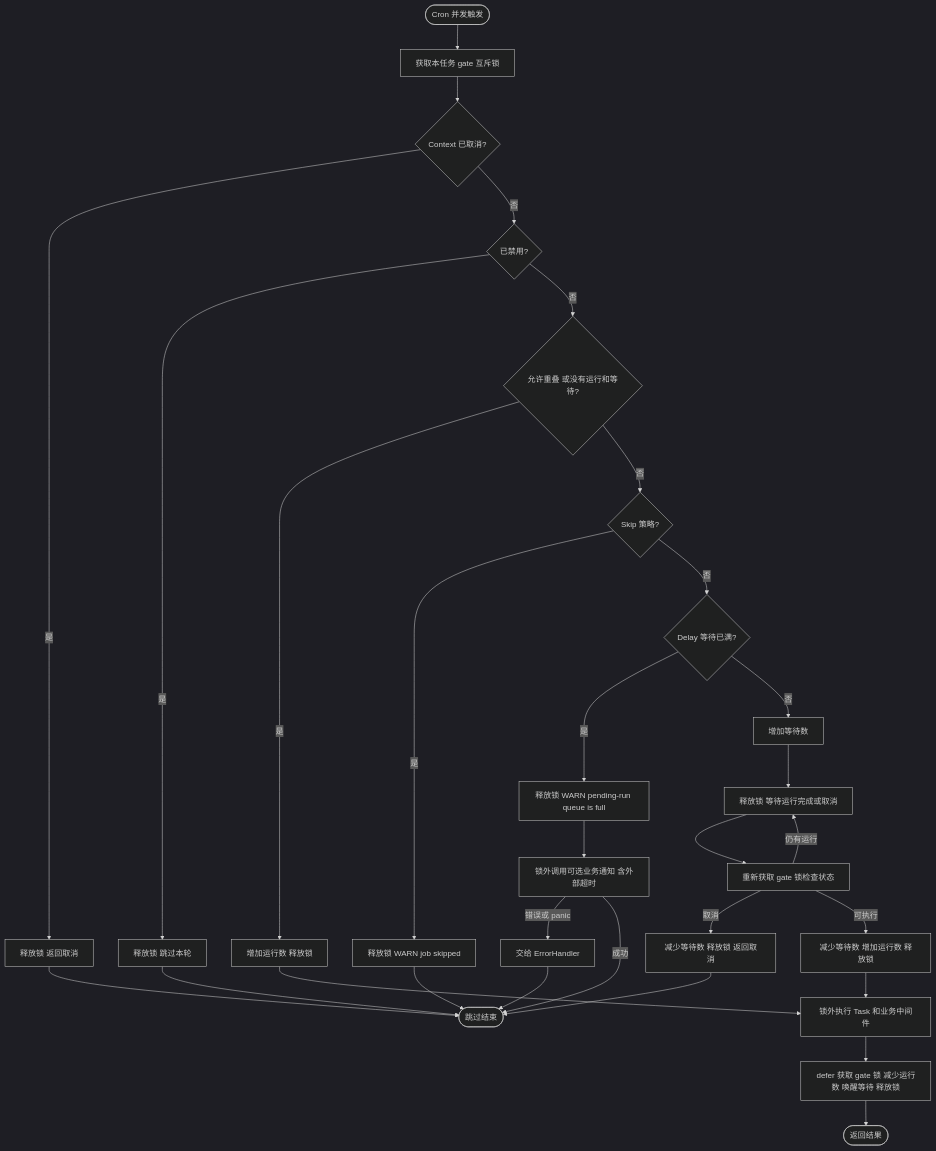
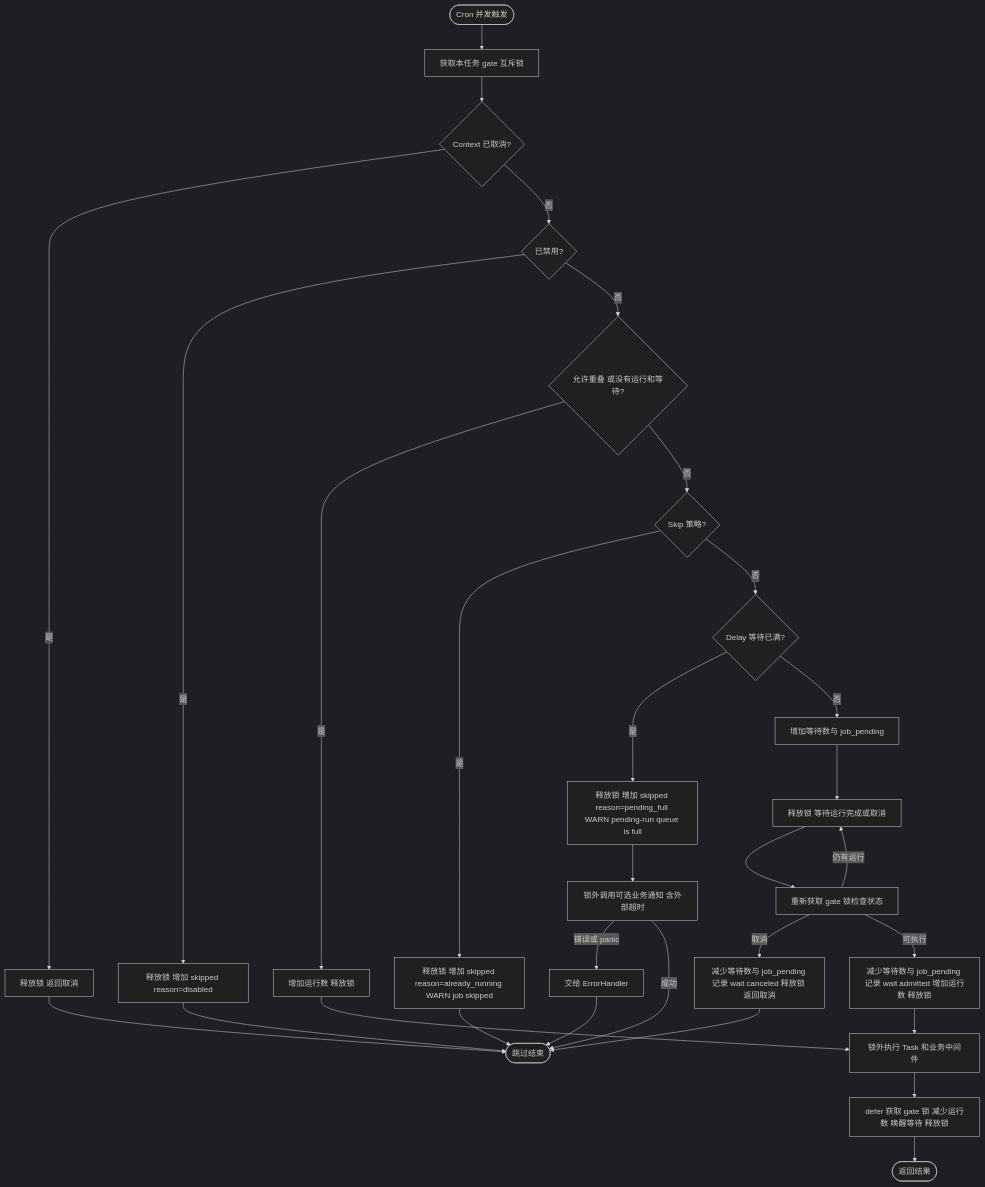
The second of 6 diagrams in pkg/job/README.md (jaggerzhuang1994/kratos-foundation), drawn with Mermaid (dark theme) before and after one commit. The commit also changed other lines of this file and 122 other files, not shown here.

````diff
--- a/pkg/job/README.md
+++ b/pkg/job/README.md
@@ -106,28 +108,28 @@
 ```mermaid
 flowchart TD
  A([Cron 并发触发]) --> B[获取本任务 gate 互斥锁]
  B --> C{Context 已取消?}
  C -- 是 --> R[释放锁 返回取消]
  C -- 否 --> C1{已禁用?}
- C1 -- 是 --> C2[释放锁 跳过本轮]
+ C1 -- 是 --> C2[释放锁 增加 skipped reason=disabled]
  C2 --> Z
  C1 -- 否 --> D{允许重叠 或没有运行和等待?}
  D -- 是 --> E[增加运行数 释放锁]
  D -- 否 --> F{Skip 策略?}
- F -- 是 --> S[释放锁 WARN job skipped]
+ F -- 是 --> S[释放锁 增加 skipped reason=already_running WARN job skipped]
  F -- 否 --> G{Delay 等待已满?}
- G -- 是 --> H[释放锁 WARN pending-run queue is full]
+ G -- 是 --> H[释放锁 增加 skipped reason=pending_full WARN pending-run queue is full]
  H --> I[锁外调用可选业务通知 含外部超时]
  I -- 错误或 panic --> J[交给 ErrorHandler]
  I -- 成功 --> Z([跳过结束])
- G -- 否 --> K[增加等待数]
+ G -- 否 --> K[增加等待数与 job_pending]
  K --> K1[释放锁 等待运行完成或取消]
  K1 --> L[重新获取 gate 锁检查状态]
- L -- 取消 --> M[减少等待数 释放锁 返回取消]
+ L -- 取消 --> M[减少等待数与 job_pending 记录 wait canceled 释放锁 返回取消]
  L -- 仍有运行 --> K1
- L -- 可执行 --> N[减少等待数 增加运行数 释放锁]
+ L -- 可执行 --> N[减少等待数与 job_pending 记录 wait admitted 增加运行数 释放锁]
  E & N --> O[锁外执行 Task 和业务中间件]
  O --> P[defer 获取 gate 锁 减少运行数 唤醒等待 释放锁]
  P --> T([返回结果])
  R & M & J & S --> Z
 ```
````
